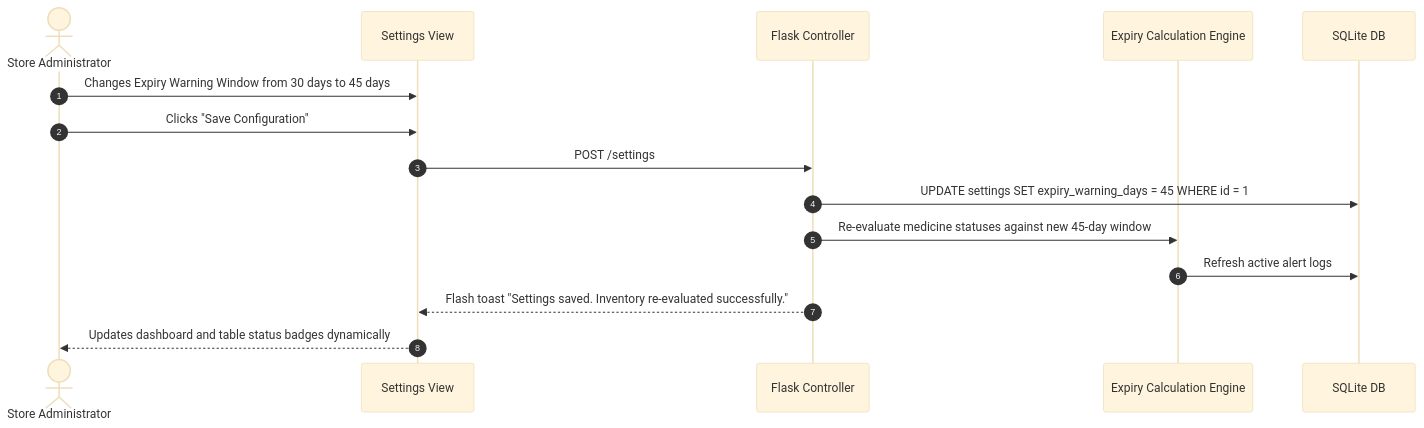
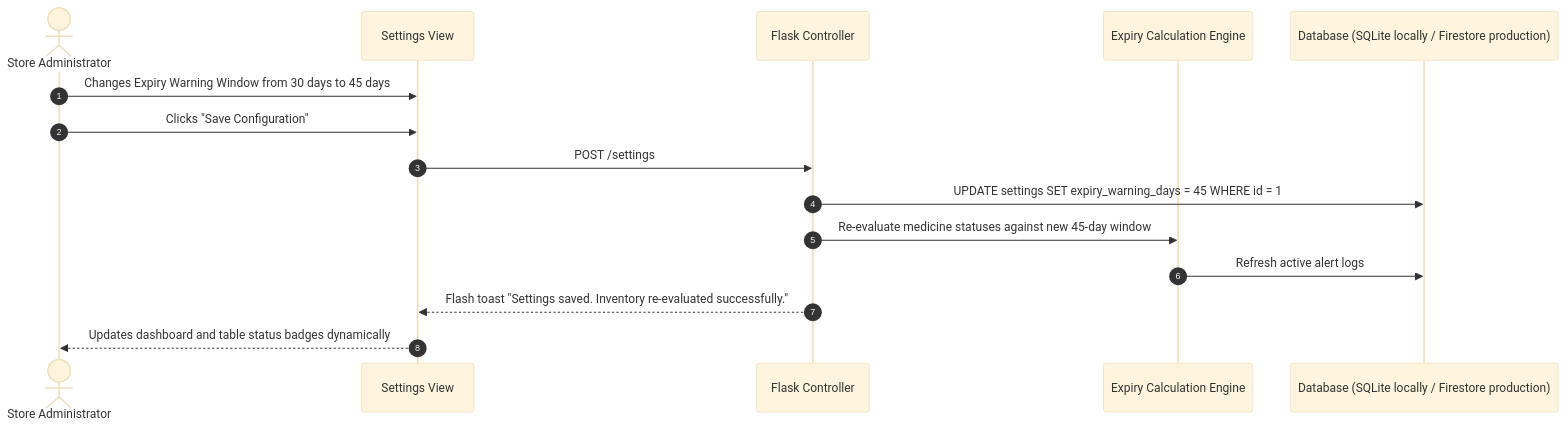
Before and after one commit to shubham285-tech/medic: the seventh of 7 diagrams in flow.md, drawn with Mermaid (base theme). The commit also changed other lines of this file and 8 other files, not shown here.

First line of the commit message:
Migrate production persistence to Firebase Firestore

````diff
--- a/flow.md
+++ b/flow.md
@@ -169,18 +169,18 @@
 ```mermaid
 sequenceDiagram
     autonumber
     actor Admin as Store Administrator
     participant SettingsUI as Settings View
     participant Flask as Flask Controller
     participant Engine as Expiry Calculation Engine
-    participant DB as SQLite DB
+    participant DB as Database (SQLite locally / Firestore production)
 
     Admin->>SettingsUI: Changes Expiry Warning Window from 30 days to 45 days
     Admin->>SettingsUI: Clicks "Save Configuration"
     SettingsUI->>Flask: POST /settings
     Flask->>DB: UPDATE settings SET expiry_warning_days = 45 WHERE id = 1
     Flask->>Engine: Re-evaluate medicine statuses against new 45-day window
     Engine->>DB: Refresh active alert logs
     Flask-->>SettingsUI: Flash toast "Settings saved. Inventory re-evaluated successfully."
     SettingsUI-->>Admin: Updates dashboard and table status badges dynamically
 ```
````
